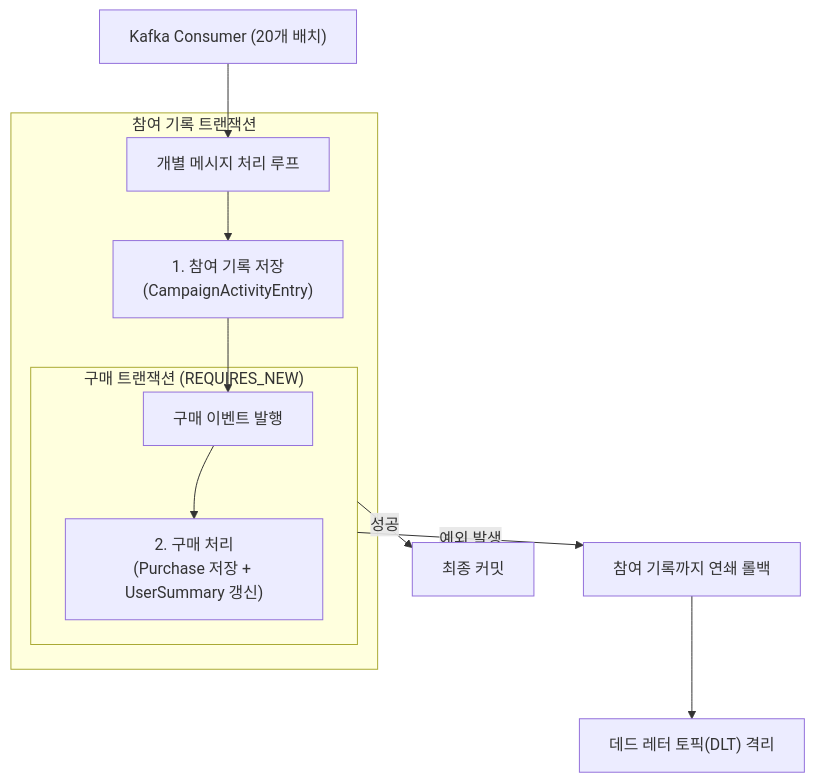
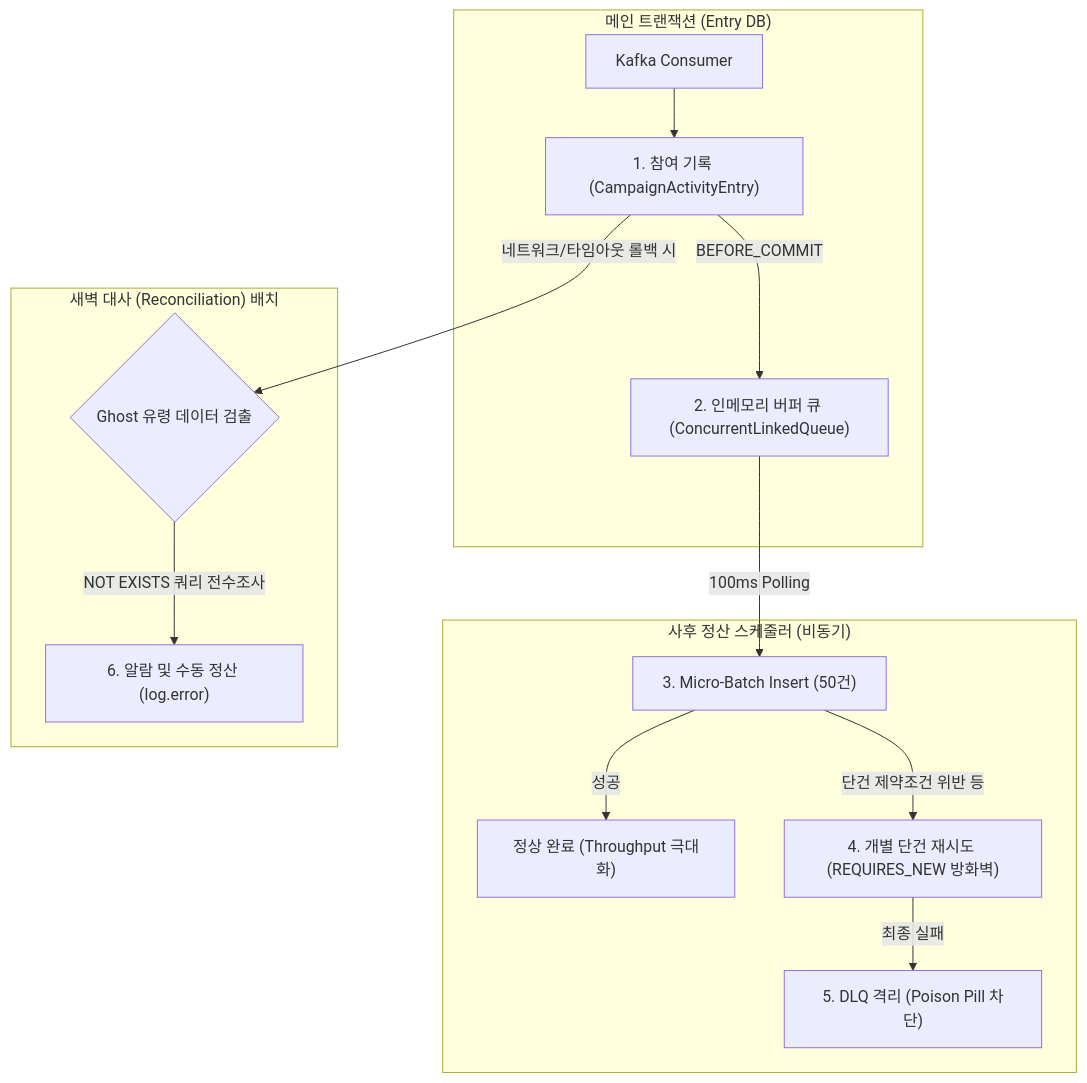
Before and after one commit to NileTheKing/marketing-intelligence-platform: the fifth of 11 diagrams in docs/ENGINEERING_JOURNEY.md, drawn with Mermaid. The commit also changed other lines of this file and 1 other file, not shown here.

Commit message:
docs: update architecture flow and add CRM features to portfolio readme

````diff
--- a/docs/ENGINEERING_JOURNEY.md
+++ b/docs/ENGINEERING_JOURNEY.md
@@ -139,14 +139,19 @@
 ```mermaid
 flowchart TD
-    Consumer["Kafka Consumer (20개 배치)"] --> Loop["개별 메시지 처리 루프"]
-    subgraph ParentTX ["참여 기록 트랜잭션"]
-        Loop --> Entry["1. 참여 기록 저장<br/>(CampaignActivityEntry)"]
-        Entry --> Event["구매 이벤트 발행"]
-        subgraph ChildTX ["구매 트랜잭션 (REQUIRES_NEW)"]
-            Event --> Purchase["2. 구매 처리<br/>(Purchase 저장 + UserSummary 갱신)"]
-        end
+    subgraph Receiver ["메인 트랜잭션 (Entry DB)"]
+        Kafka["Kafka Consumer"] --> Entry["1. 참여 기록 (CampaignActivityEntry)"]
+        Entry -->|"BEFORE_COMMIT"| Buffer["2. 인메모리 버퍼 큐 (ConcurrentLinkedQueue)"]
     end
-    ChildTX --"예외 발생"--> Rollback["참여 기록까지 연쇄 롤백"]
-    ChildTX --"성공"--> Commit["최종 커밋"]
-    Rollback --> DLT["데드 레터 토픽(DLT) 격리"]
+    
+    subgraph Processor ["사후 정산 스케줄러 (비동기)"]
+        Buffer -->|"100ms Polling"| Batch["3. Micro-Batch Insert (50건)"]
+        Batch --"성공"--> Commit["정상 완료 (Throughput 극대화)"]
+        Batch --"단건 제약조건 위반 등"--> Fallback["4. 개별 단건 재시도 (REQUIRES_NEW 방화벽)"]
+        Fallback --"최종 실패"--> DLQ["5. DLQ 격리 (Poison Pill 차단)"]
+    end
+    
+    subgraph Audit ["새벽 대사 (Reconciliation) 배치"]
+        Entry --"네트워크/타임아웃 롤백 시"--> Ghost{"Ghost 유령 데이터 검출"}
+        Ghost -->|"NOT EXISTS 쿼리 전수조사"| Alert["6. 알람 및 수동 정산 (log.error)"]
+    end
 ```
````
